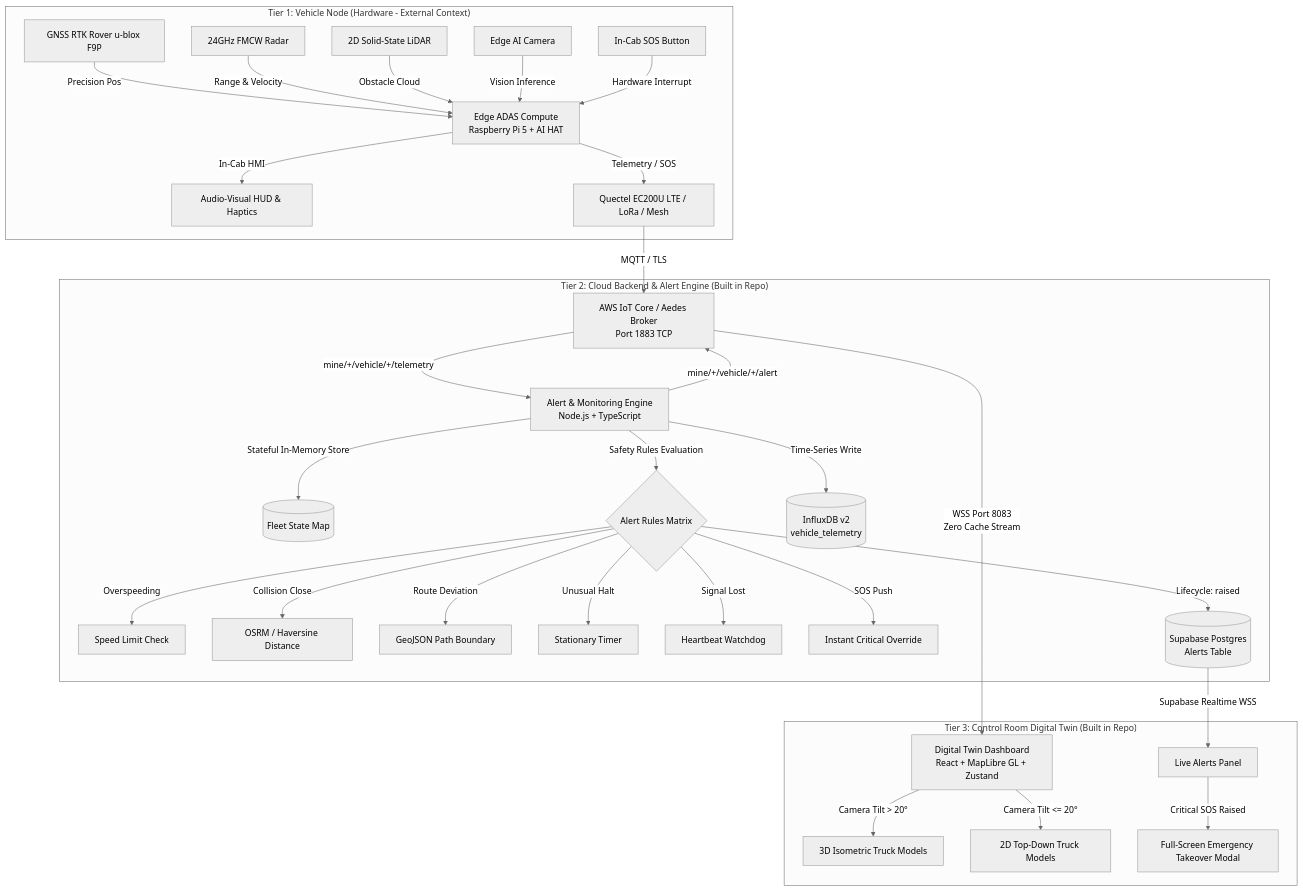
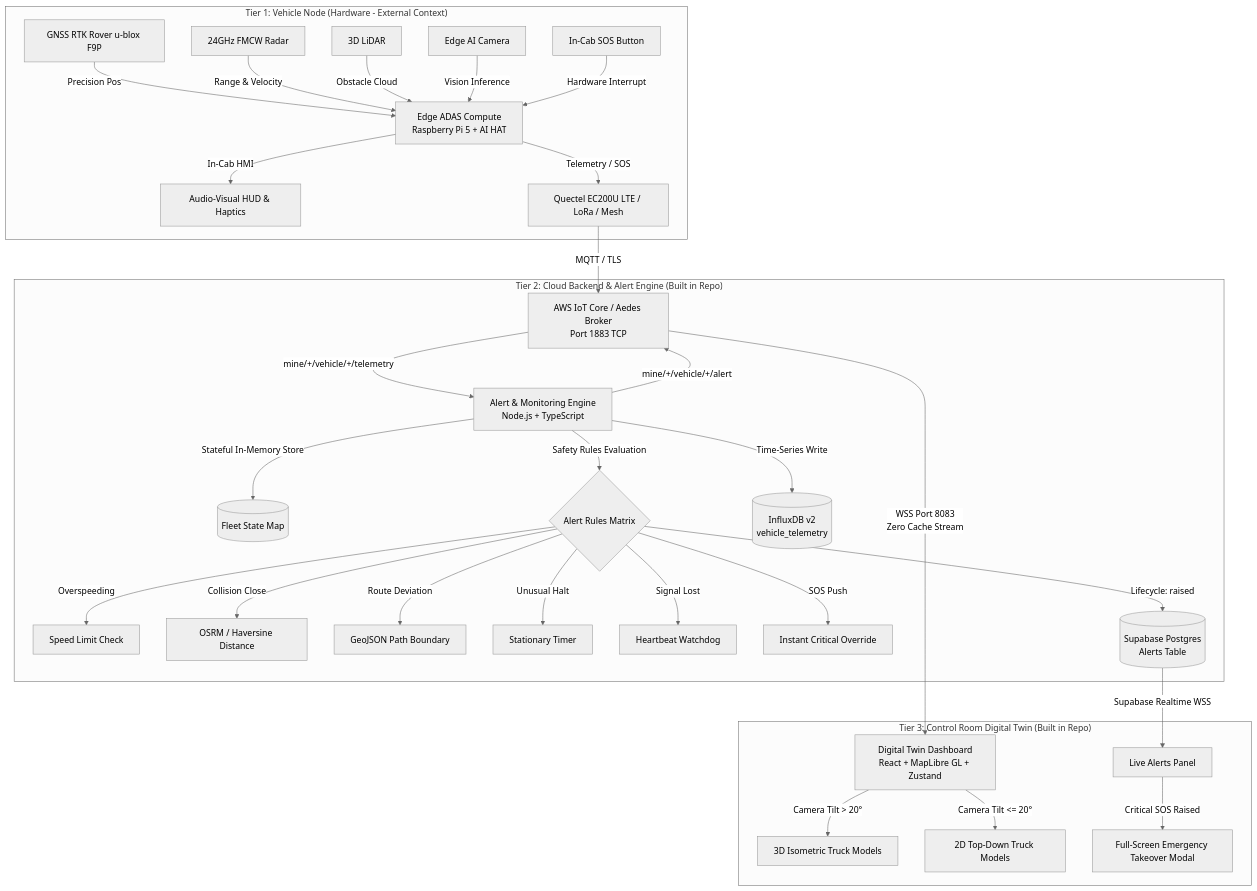
The first of 3 diagrams in README.md (Sam8876/NexLinersZ), drawn with Mermaid (neutral theme) before and after one commit. The commit also changed other lines of this file, not shown here.

Commit message:
More Diagram Updates

````diff
--- a/README.md
+++ b/README.md
@@ -58,38 +56,38 @@
 ```mermaid
 graph TD
     subgraph Tier1 ["Tier 1: Vehicle Node (Hardware - External Context)"]
         V1["GNSS RTK Rover u-blox F9P"] -->|Precision Pos| Pi["Edge ADAS Compute<br/>Raspberry Pi 5 + AI HAT"]
         V2["24GHz FMCW Radar"] -->|Range & Velocity| Pi
-        V3["2D Solid-State LiDAR"] -->|Obstacle Cloud| Pi
+        V3["3D LiDAR"] -->|Obstacle Cloud| Pi
         V4["Edge AI Camera"] -->|Vision Inference| Pi
         V5["In-Cab SOS Button"] -->|Hardware Interrupt| Pi
         Pi -->|In-Cab HMI| HUD["Audio-Visual HUD & Haptics"]
         Pi -->|Telemetry / SOS| EC200U["Quectel EC200U LTE / LoRa / Mesh"]
     end
 
     subgraph Tier2 ["Tier 2: Cloud Backend & Alert Engine (Built in Repo)"]
         EC200U -->|MQTT / TLS| Broker["AWS IoT Core / Aedes Broker<br/>Port 1883 TCP"]
         Broker -->|mine/+/vehicle/+/telemetry| Engine["Alert & Monitoring Engine<br/>Node.js + TypeScript"]
         
         Engine -->|Stateful In-Memory Store| FleetState[("Fleet State Map")]
         Engine -->|Safety Rules Evaluation| Rules{"Alert Rules Matrix"}
         Rules -->|Overspeeding| R1["Speed Limit Check"]
         Rules -->|Collision Close| R2["OSRM / Haversine Distance"]
         Rules -->|Route Deviation| R3["GeoJSON Path Boundary"]
         Rules -->|Unusual Halt| R4["Stationary Timer"]
         Rules -->|Signal Lost| R5["Heartbeat Watchdog"]
         Rules -->|SOS Push| R6["Instant Critical Override"]
         
         Rules -->|Lifecycle: raised| Supa[("Supabase Postgres<br/>Alerts Table")]
         Engine -->|Time-Series Write| Influx[("InfluxDB v2<br/>vehicle_telemetry")]
         Engine -->|mine/+/vehicle/+/alert| Broker
     end
 
     subgraph Tier3 ["Tier 3: Control Room Digital Twin (Built in Repo)"]
         Broker -->|WSS Port 8083<br/>Zero Cache Stream| Dash["Digital Twin Dashboard<br/>React + MapLibre GL + Zustand"]
         Supa -->|Supabase Realtime WSS| AlertsFeed["Live Alerts Panel"]
         Dash -->|Camera Tilt > 20°| Model3D["3D Isometric Truck Models"]
         Dash -->|Camera Tilt <= 20°| Model2D["2D Top-Down Truck Models"]
         AlertsFeed -->|Critical SOS Raised| FullscreenSOS["Full-Screen Emergency Takeover Modal"]
     end
 ```
````
